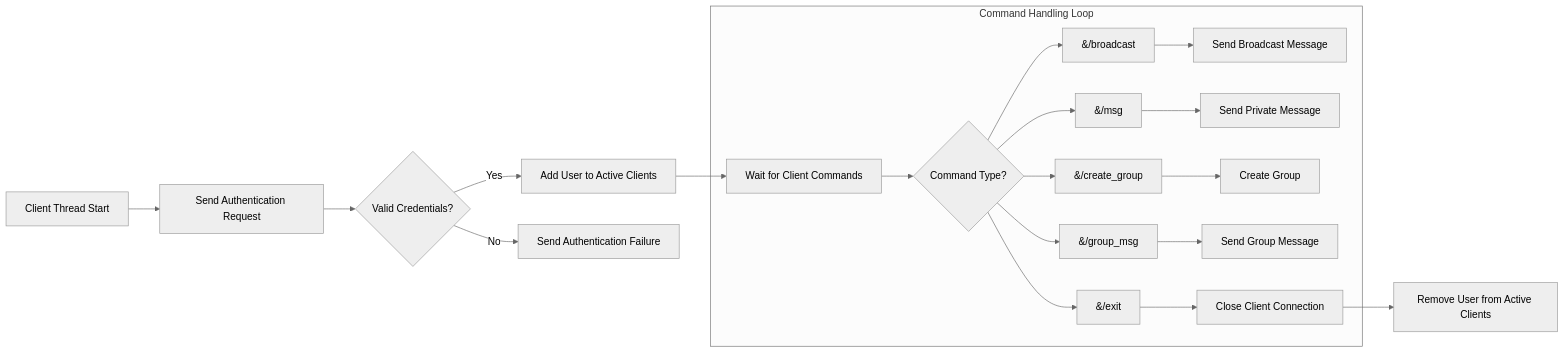
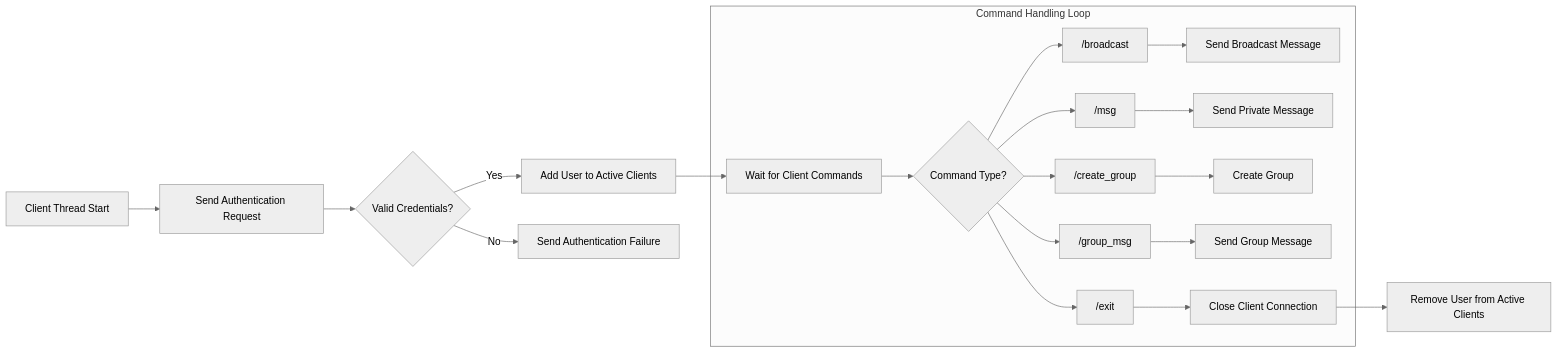
The third of 4 diagrams in README.md (Sankalp-Mittal/Chat_Server), drawn with Mermaid (neutral theme) before and after one commit. The commit also changed other lines of this file, not shown here.

````diff
--- a/README.md
+++ b/README.md
@@ -131,19 +131,19 @@
 ```mermaid
 flowchart LR
     A[Client Thread Start] --> B[Send Authentication Request]
     B --> C{Valid Credentials?}
     C -- Yes --> D[Add User to Active Clients]
     C -- No --> E[Send Authentication Failure]
     D --> F[Wait for Client Commands]
     
     subgraph Command Handling Loop
         F --> G{Command Type?}
-        G --> H[&#47;broadcast] --> I[Send Broadcast Message]
-        G --> J[&#47;msg] --> K[Send Private Message]
-        G --> L[&#47;create_group] --> M[Create Group]
-        G --> N[&#47;group_msg] --> O[Send Group Message]
-        G --> P[&#47;exit] --> Q[Close Client Connection]
+        G --> H[#47;broadcast] --> I[Send Broadcast Message]
+        G --> J[#47;msg] --> K[Send Private Message]
+        G --> L[#47;create_group] --> M[Create Group]
+        G --> N[#47;group_msg] --> O[Send Group Message]
+        G --> P[#47;exit] --> Q[Close Client Connection]
     end
     
     Q --> R[Remove User from Active Clients]
 ```
````
